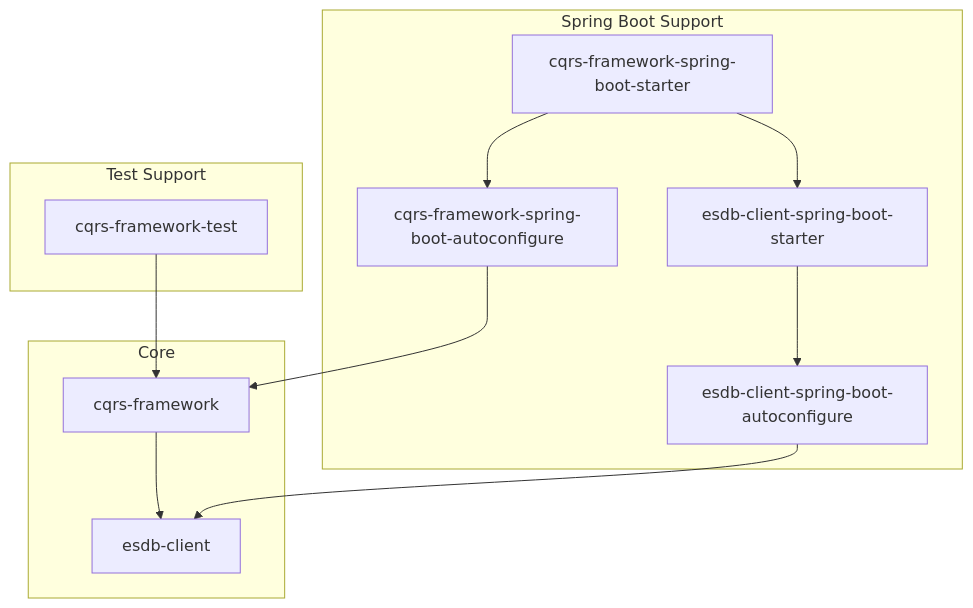
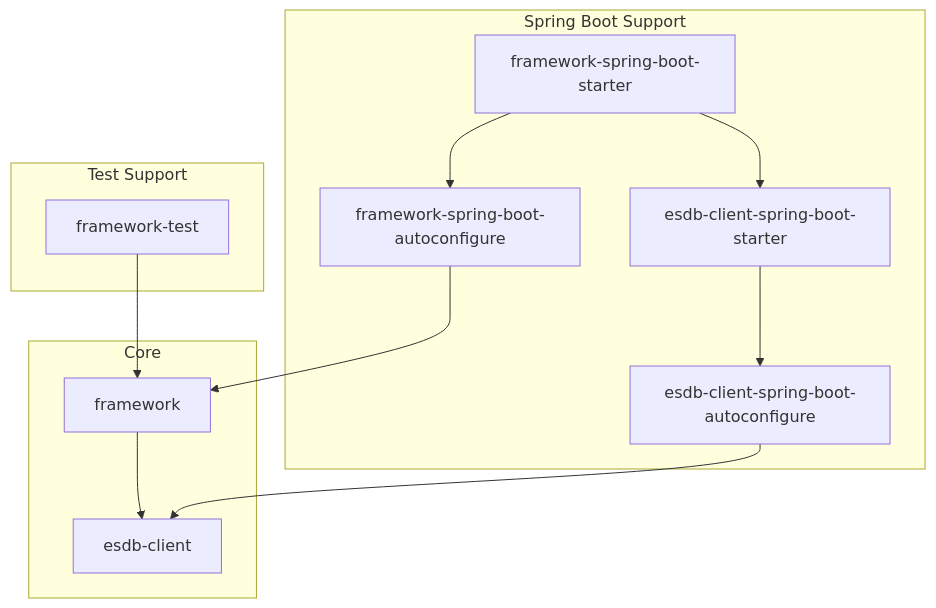
One commit to open-cqrs/opencqrs changed the diagram in mkdocs/docs/reference/modules/index.md. Above: the diagram before and after it, drawn with Mermaid. The commit also changed other lines of this file and 3 other files, not shown here.

````diff
--- a/mkdocs/docs/reference/modules/index.md
+++ b/mkdocs/docs/reference/modules/index.md
@@ -7,20 +7,20 @@
 ``` mermaid
 flowchart TD
     subgraph Core
         esdb_client["esdb-client"]
-        cqrs_framework["cqrs-framework"]
+        framework["framework"]
     end
     subgraph Test Support
-        cqrs_framework_test["cqrs-framework-test"]
+        framework_test["framework-test"]
     end
     subgraph Spring Boot Support
         esdb_client_autoconfigure["esdb-client-spring-boot-autoconfigure"]
         esdb_client_starter["esdb-client-spring-boot-starter"]
-        cqrs_framework_autoconfigure["cqrs-framework-spring-boot-autoconfigure"]
-        cqrs_framework_starter["cqrs-framework-spring-boot-starter"]
+        framework_autoconfigure["framework-spring-boot-autoconfigure"]
+        framework_starter["framework-spring-boot-starter"]
     end
     
-    cqrs_framework_test --> cqrs_framework --> esdb_client
-    cqrs_framework_starter --> esdb_client_starter --> esdb_client_autoconfigure --> esdb_client
-    cqrs_framework_starter --> cqrs_framework_autoconfigure --> cqrs_framework
+    framework_test --> framework --> esdb_client
+    framework_starter --> esdb_client_starter --> esdb_client_autoconfigure --> esdb_client
+    framework_starter --> framework_autoconfigure --> framework
 ```
````
